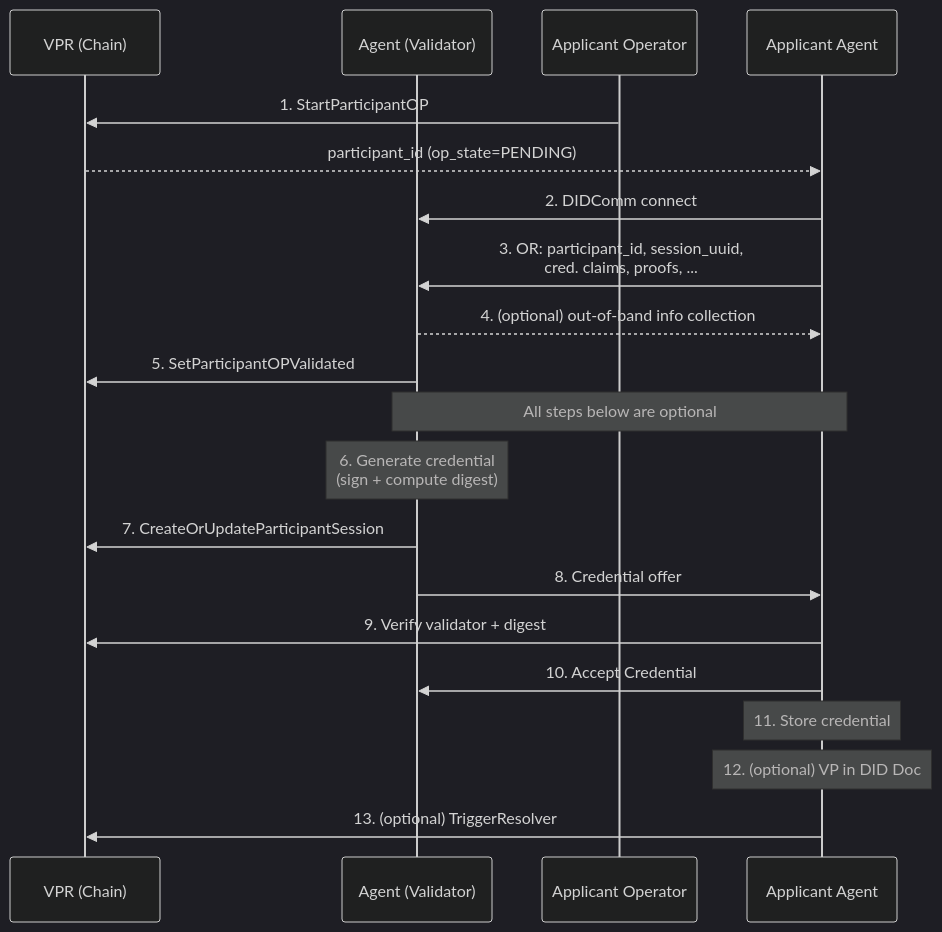
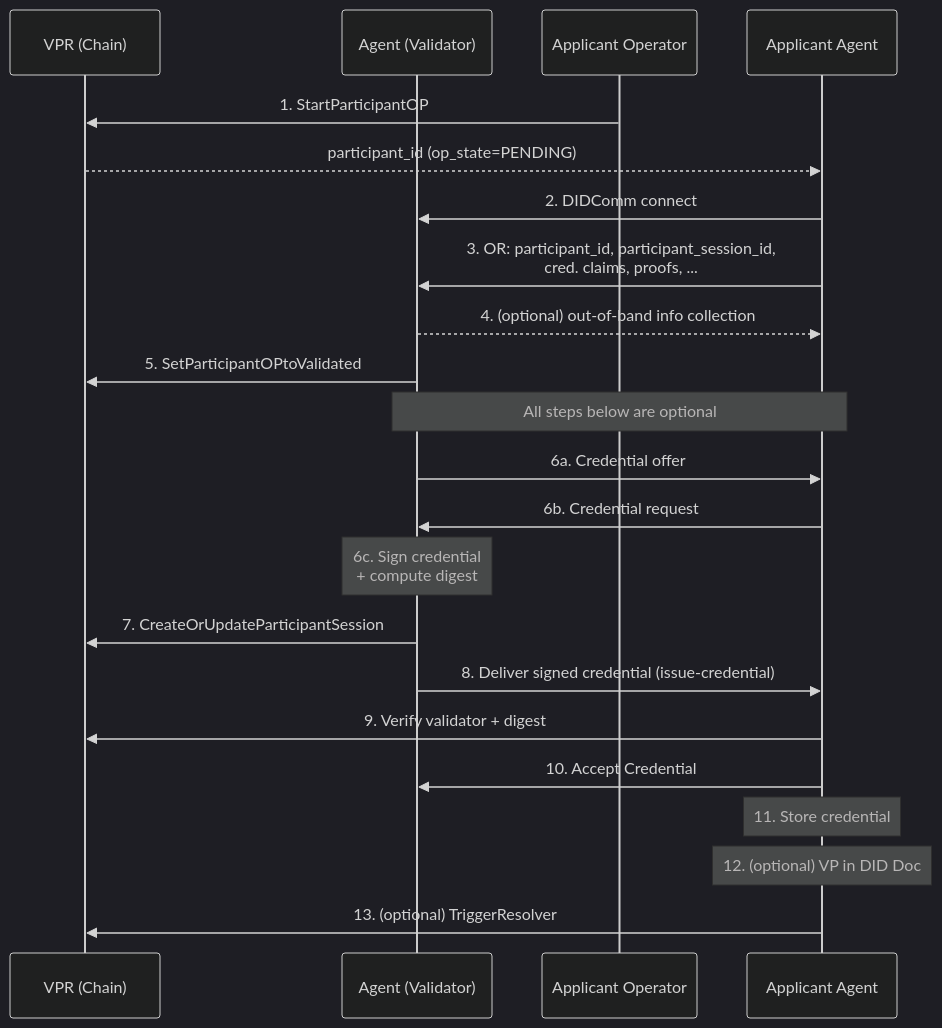
The fourth of 9 diagrams in v4/vs-agent/spec.md (verana-labs/verana-spec), drawn with Mermaid (dark theme) before and after one commit. The commit also changed other lines of this file and 6 other files, not shown here.

````diff
--- a/v4/vs-agent/spec.md
+++ b/v4/vs-agent/spec.md
@@ -400,24 +396,26 @@
 ```mermaid
 sequenceDiagram
 
     participant VPR as VPR (Chain)
     participant Validator as Agent (Validator)
 
     Applicant Operator->>VPR: 1. StartParticipantOP
     VPR-->>Applicant Agent: participant_id (op_state=PENDING)
     Applicant Agent->>Validator: 2. DIDComm connect
-    Applicant Agent->>Validator: 3. OR: participant_id, session_uuid,<br/>cred. claims, proofs, ...
+    Applicant Agent->>Validator: 3. OR: participant_id, participant_session_id,<br/>cred. claims, proofs, ...
     Validator-->>Applicant Agent: 4. (optional) out-of-band info collection
-    Validator->>VPR: 5. SetParticipantOPValidated
+    Validator->>VPR: 5. SetParticipantOPtoValidated
 
     Note over Applicant Agent,Validator: All steps below are optional
 
-    Note over Validator: 6. Generate credential<br/>(sign + compute digest)
+    Validator->>Applicant Agent: 6a. Credential offer
+    Applicant Agent->>Validator: 6b. Credential request
+    Note over Validator: 6c. Sign credential<br/>+ compute digest
     Validator->>VPR: 7. CreateOrUpdateParticipantSession
-    Validator->>Applicant Agent: 8. Credential offer
+    Validator->>Applicant Agent: 8. Deliver signed credential (issue-credential)
     Applicant Agent->>VPR: 9. Verify validator + digest
     Applicant Agent->>Validator: 10. Accept Credential
     Note over Applicant Agent: 11. Store credential
     Note over Applicant Agent: 12. (optional) VP in DID Doc
     Applicant Agent->>VPR: 13. (optional) TriggerResolver
 ```
````
